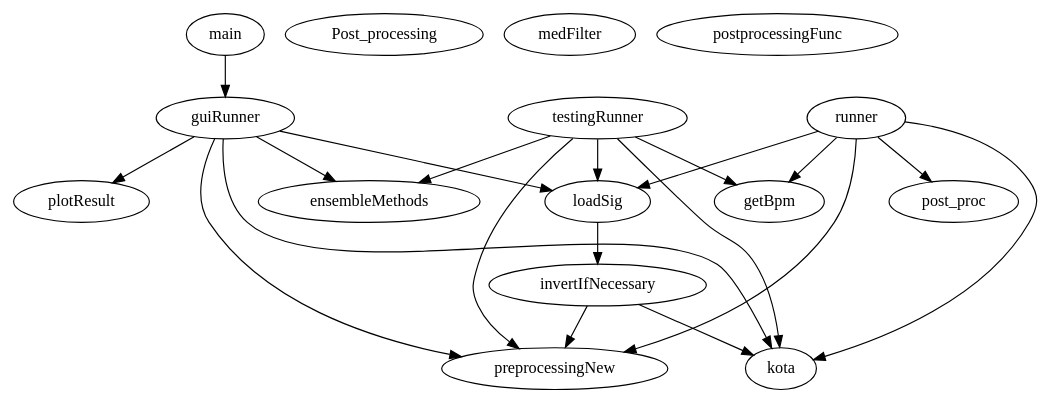
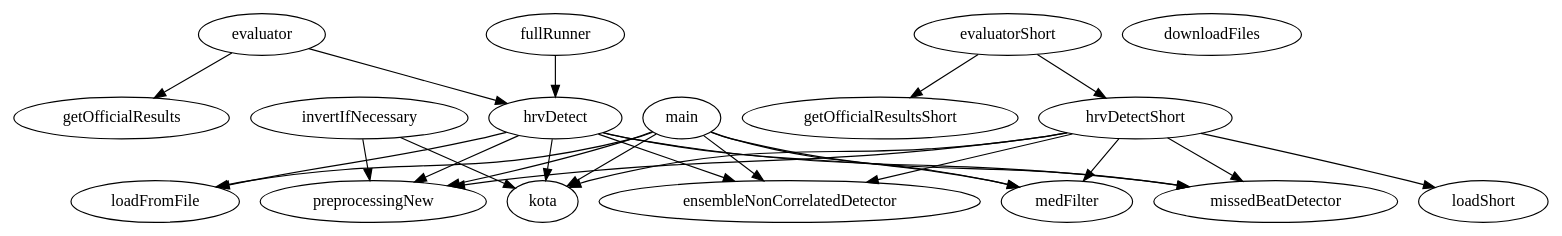
One commit to arthurkuhn/hrvtoolkit changed the diagram in doc/graph.dot. Above: the diagram before and after it, drawn with Graphviz. The commit also changed 88 other files, not shown here.

```diff
--- a/doc/graph.dot
+++ b/doc/graph.dot
@@ -1,38 +1,46 @@
 /* Created by mdot for Matlab */
 digraph m2html {
+  evaluator -> getOfficialResults;
+  evaluator -> hrvDetect;
+  evaluatorShort -> getOfficialResultsShort;
+  evaluatorShort -> hrvDetectShort;
+  hrvDetectShort -> loadShort;
+  hrvDetectShort -> ensembleNonCorrelatedDetector;
+  hrvDetectShort -> kota;
+  hrvDetectShort -> medFilter;
+  hrvDetectShort -> missedBeatDetector;
+  hrvDetectShort -> preprocessingNew;
+  hrvDetect -> ensembleNonCorrelatedDetector;
+  hrvDetect -> kota;
+  hrvDetect -> loadFromFile;
+  hrvDetect -> medFilter;
+  hrvDetect -> missedBeatDetector;
+  hrvDetect -> preprocessingNew;
+  invertIfNecessary -> kota;
   invertIfNecessary -> preprocessingNew;
-  invertIfNecessary -> kota;
-  loadSig -> invertIfNecessary;
-  guiRunner -> loadSig;
-  guiRunner -> preprocessingNew;
-  guiRunner -> kota;
-  guiRunner -> ensembleMethods;
-  guiRunner -> plotResult;
-  runner -> loadSig;
-  runner -> preprocessingNew;
-  runner -> kota;
-  runner -> getBpm;
-  runner -> post_proc;
-  testingRunner -> loadSig;
-  testingRunner -> preprocessingNew;
-  testingRunner -> kota;
-  testingRunner -> ensembleMethods;
-  testingRunner -> getBpm;
-  main -> guiRunner;
+  fullRunner -> hrvDetect;
+  main -> ensembleNonCorrelatedDetector;
+  main -> kota;
+  main -> loadFromFile;
+  main -> medFilter;
+  main -> missedBeatDetector;
+  main -> preprocessingNew;
 
-  invertIfNecessary [URL="matlab/Pipeline/1-Loading/invertIfNecessary.html"];
-  loadSig [URL="matlab/Pipeline/1-Loading/loadSig.html"];
-  preprocessingNew [URL="matlab/Pipeline/2-Pre-processing/preprocessingNew.html"];
-  kota [URL="matlab/Pipeline/3-Kota/kota.html"];
-  Post_processing [URL="matlab/Pipeline/4-Post-processing/Post_processing.html"];
-  ensembleMethods [URL="matlab/Pipeline/4-Post-processing/ensembleMethods.html"];
-  getBpm [URL="matlab/Pipeline/4-Post-processing/getBpm.html"];
-  medFilter [URL="matlab/Pipeline/4-Post-processing/medFilter.html"];
-  post_proc [URL="matlab/Pipeline/4-Post-processing/post_proc.html"];
-  postprocessingFunc [URL="matlab/Pipeline/4-Post-processing/postprocessingFunc.html"];
-  plotResult [URL="matlab/Pipeline/5-Evaluation/plotResult.html"];
-  guiRunner [URL="matlab/Pipeline/Runners/guiRunner.html"];
-  runner [URL="matlab/Pipeline/Runners/runner.html"];
-  testingRunner [URL="matlab/Pipeline/Runners/testingRunner.html"];
-  main [URL="matlab/Pipeline/gui/main.html"];
+  downloadFiles [URL="completeToolbox/Physionet/downloadFiles.html"];
+  evaluator [URL="completeToolbox/Physionet/evaluator.html"];
+  evaluatorShort [URL="completeToolbox/Physionet/evaluatorShort.html"];
+  getOfficialResults [URL="completeToolbox/Physionet/getOfficialResults.html"];
+  getOfficialResultsShort [URL="completeToolbox/Physionet/getOfficialResultsShort.html"];
+  hrvDetectShort [URL="completeToolbox/Physionet/hrvDetectShort.html"];
+  loadShort [URL="completeToolbox/Physionet/loadShort.html"];
+  ensembleNonCorrelatedDetector [URL="completeToolbox/Pipeline/ensembleNonCorrelatedDetector.html"];
+  hrvDetect [URL="completeToolbox/Pipeline/hrvDetect.html"];
+  invertIfNecessary [URL="completeToolbox/Pipeline/invertIfNecessary.html"];
+  kota [URL="completeToolbox/Pipeline/kota.html"];
+  loadFromFile [URL="completeToolbox/Pipeline/loadFromFile.html"];
+  medFilter [URL="completeToolbox/Pipeline/medFilter.html"];
+  missedBeatDetector [URL="completeToolbox/Pipeline/missedBeatDetector.html"];
+  preprocessingNew [URL="completeToolbox/Pipeline/preprocessingNew.html"];
+  fullRunner [URL="completeToolbox/fullRunner.html"];
+  main [URL="completeToolbox/gui/main.html"];
 }
```
